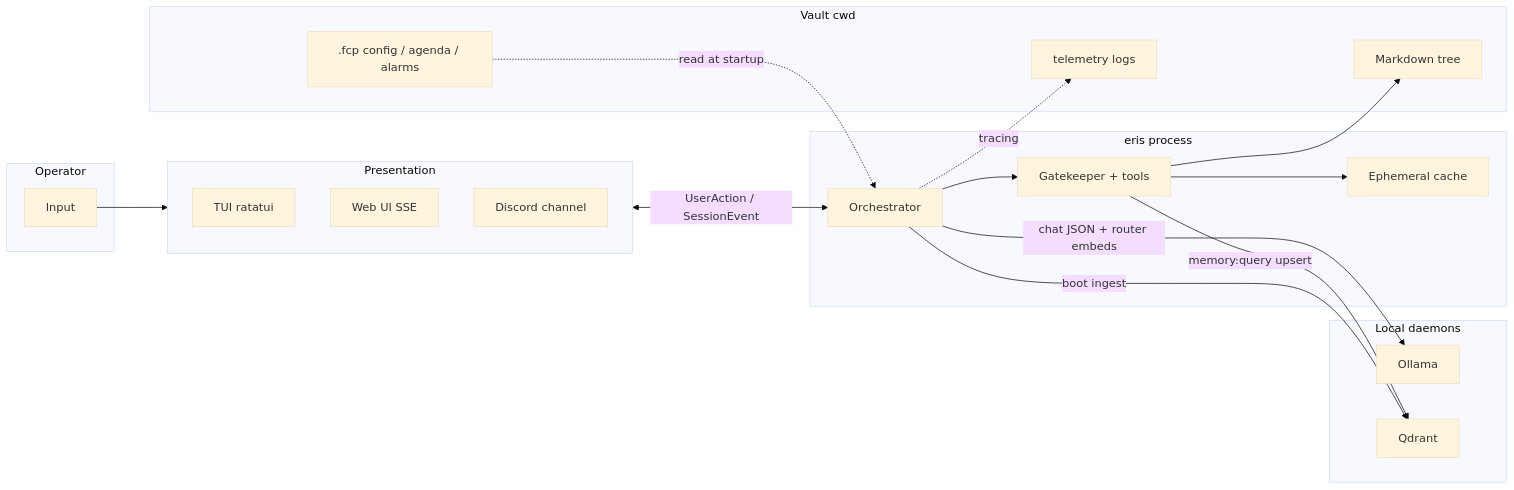
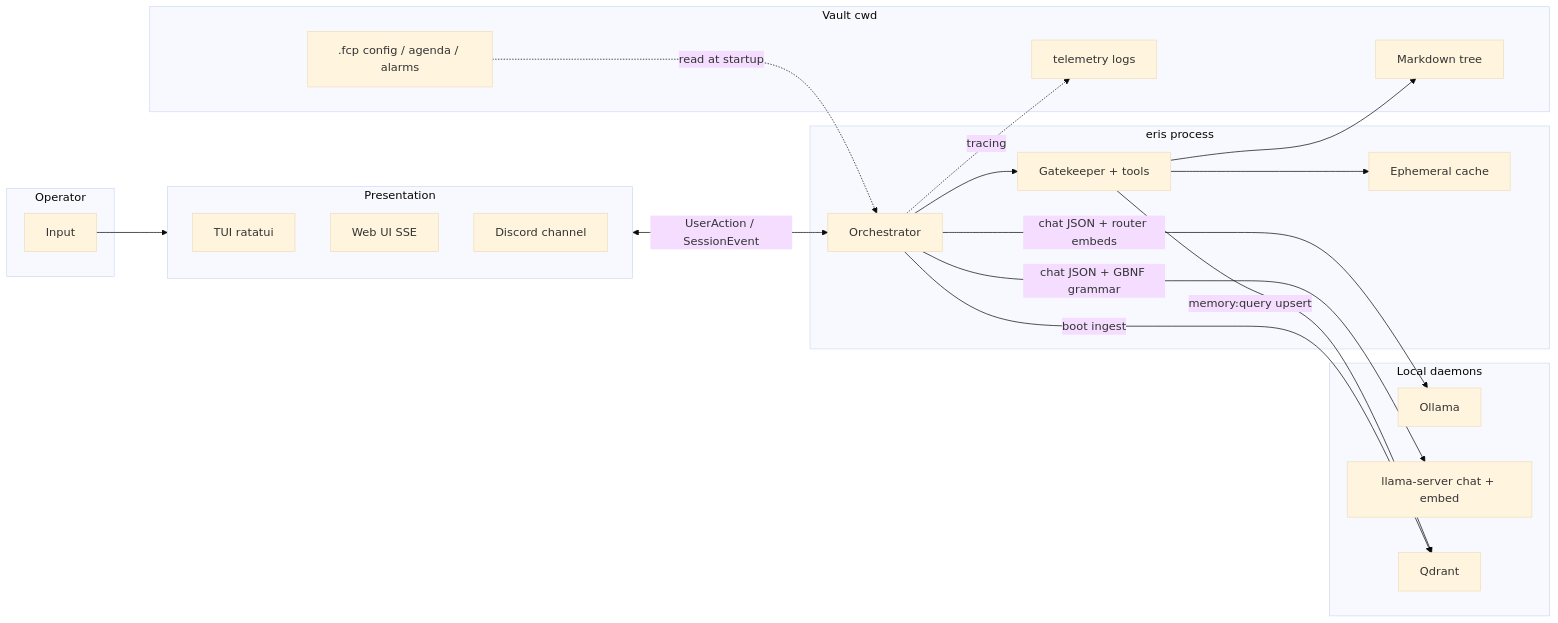
One commit to janpauldahlke/eris changed the diagram in README.md. Above: the diagram before and after it, drawn with Mermaid (base theme). The commit also changed other lines of this file and 4 other files, not shown here.

````diff
--- a/README.md
+++ b/README.md
@@ -251,36 +267,38 @@
 ```mermaid
 flowchart LR
     subgraph you["Operator"]
         KB[Input]
     end
     subgraph surfaces["Presentation"]
         TUI[TUI ratatui]
         WEB[Web UI SSE]
         DISC[Discord channel]
     end
     subgraph process["eris process"]
         ORC[Orchestrator]
         GK[Gatekeeper + tools]
         EPH[Ephemeral cache]
     end
     subgraph daemons["Local daemons"]
         OLL[Ollama]
+        LCPP[llama-server chat + embed]
         QD[Qdrant]
     end
     subgraph vaultdir["Vault cwd"]
         FS[Markdown tree]
         META[.fcp config / agenda / alarms]
         LOG[telemetry logs]
     end
 
     KB --> surfaces
     surfaces <-->|UserAction / SessionEvent| ORC
     ORC -->|chat JSON + router embeds| OLL
+    ORC -->|chat JSON + GBNF grammar| LCPP
     ORC --> GK
     GK --> FS
     GK --> EPH
     GK -->|memory:query upsert| QD
     ORC -->|boot ingest| QD
     ORC -.->|tracing| LOG
     META -.->|read at startup| ORC
 ```
````
